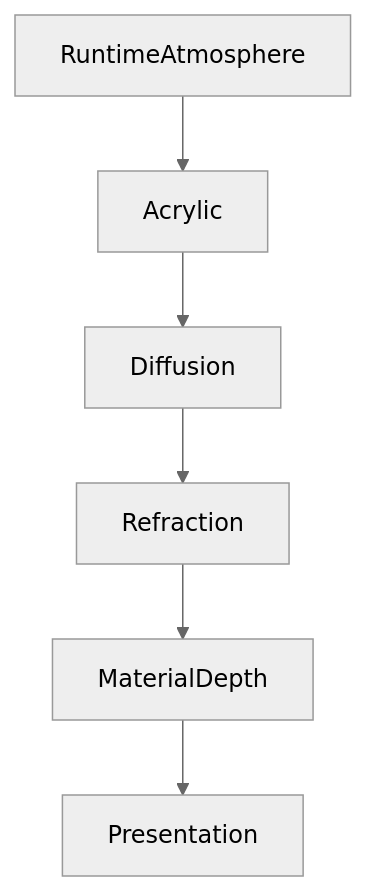
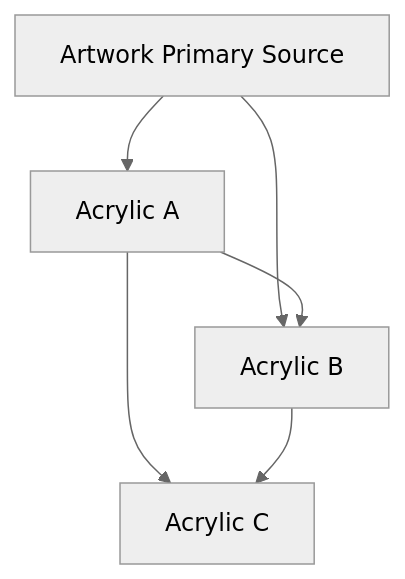
The fourth of 5 diagrams in docs/design/system/mds-003-material-system/04-acrylic.md (mosaic-media/architecture), drawn with Mermaid (neutral theme) before and after one commit. The commit also changed other lines of this file and 12 other files, not shown here.

Commit message:
docs(mds-003): define refraction architecture

````diff
--- a/docs/design/system/mds-003-material-system/04-acrylic.md
+++ b/docs/design/system/mds-003-material-system/04-acrylic.md
@@ -521,10 +252,14 @@
 ```mermaid
 flowchart TD
 
-RuntimeAtmosphere
-RuntimeAtmosphere --> Acrylic
-Acrylic --> Diffusion
-Diffusion --> Refraction
-Refraction --> MaterialDepth
-MaterialDepth --> Presentation
+N1["Artwork Primary Source"]
+N2["Acrylic A"]
+N3["Acrylic B"]
+N4["Acrylic C"]
+
+N1 --> N2
+N1 --> N3
+N2 --> N3
+N2 --> N4
+N3 --> N4
 ```
````
